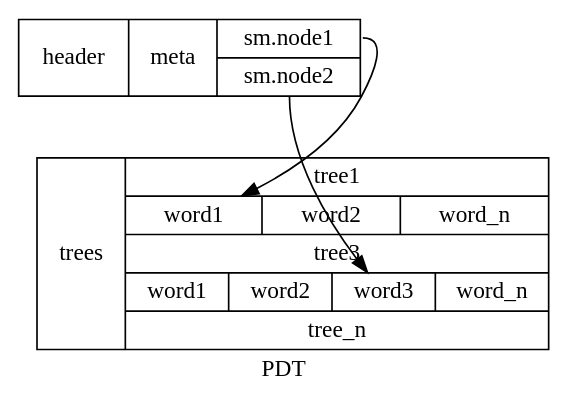
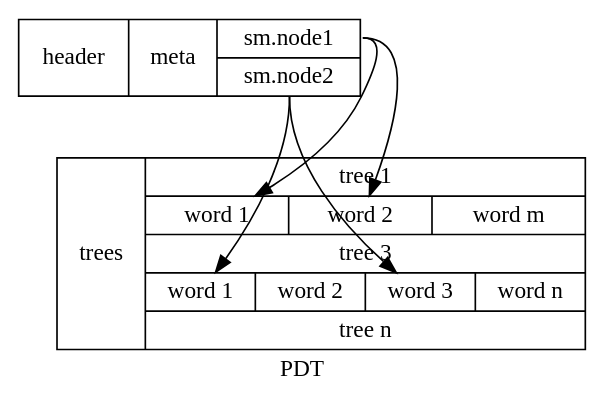
One commit to stranak/tred-ext-st-data changed the diagram in sdata/sdata-graf.dot. Above: the diagram before and after it, drawn with Graphviz. The commit also changed 3 other files, not shown here.

Commit message:
Oprava sdata PML schematu. Aktualizace grafu sdata-graf. Uprava poznamek.

```diff
--- a/sdata/sdata-graf.dot
+++ b/sdata/sdata-graf.dot
@@ -1,15 +1,17 @@
 digraph structs {
     label = "PDT";
     node [shape=record];
 	subgraph sdata {
             rankdir=LR;
             sdata [label="header|<meta> meta|{<sm1> sm.node1|<sm2> sm.node2}"];
             label="s-data";
         }
 	subgraph mdata {
-        mdata [label="trees|{tree1| {<w1> word1|word2|word_n}| tree3| {word1|word2|<w3> word3|word_n}|tree_n}"];
+        mdata [label="trees|{tree 1| {<t2w1> word 1|<t2w2> word 2|word m}| tree 3| {<t4w1> word 1|word 2|<t4w3> word 3|word n}|tree n}"];
         label = "mdata";
         }
-	sdata:sm1 -> mdata:w1;
-	sdata:sm2 -> mdata:w3;
+	sdata:sm1 -> mdata:t2w1;
+	sdata:sm1 -> mdata:t2w2;
+	sdata:sm2 -> mdata:t4w1;
+	sdata:sm2 -> mdata:t4w3;
 }
```
